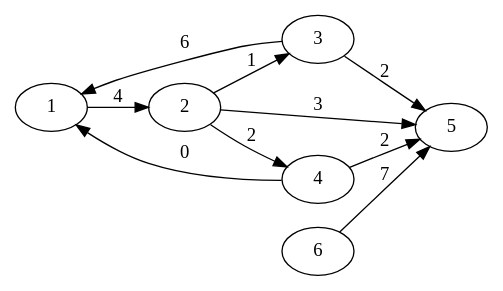
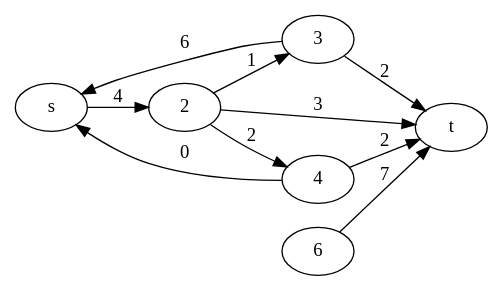
The diagram in dots/weightedSimpleGraph.gv (blackbird1128/m1graphflow), drawn with Graphviz before and after one commit. The commit also changed 4 other files, not shown here.

```diff
--- a/dots/weightedSimpleGraph.gv
+++ b/dots/weightedSimpleGraph.gv
@@ -1,12 +1,12 @@
 digraph {
     rankdir=LR
-    1 -> 2 [label=4, len=4]
+    s -> 2 [label=4, len=4]
     2 -> 3 [label=1, len=1]
     2 -> 4 [label=2, len=2]
-    2 -> 5 [label=3, len=3]
-    3 -> 1 [label=6, len=6]
-    3 -> 5 [label=2, len=2]
-    4 -> 1 [label=0, len=0]
-    4 -> 5 [label=2, len=2]
-    6 -> 5 [label=7, len=7]
+    2 -> t [label=3, len=3]
+    3 -> s [label=6, len=6]
+    3 -> t [label=2, len=2]
+    4 -> s [label=0, len=0]
+    4 -> t [label=2, len=2]
+    6 -> t [label=7, len=7]
 }
```
